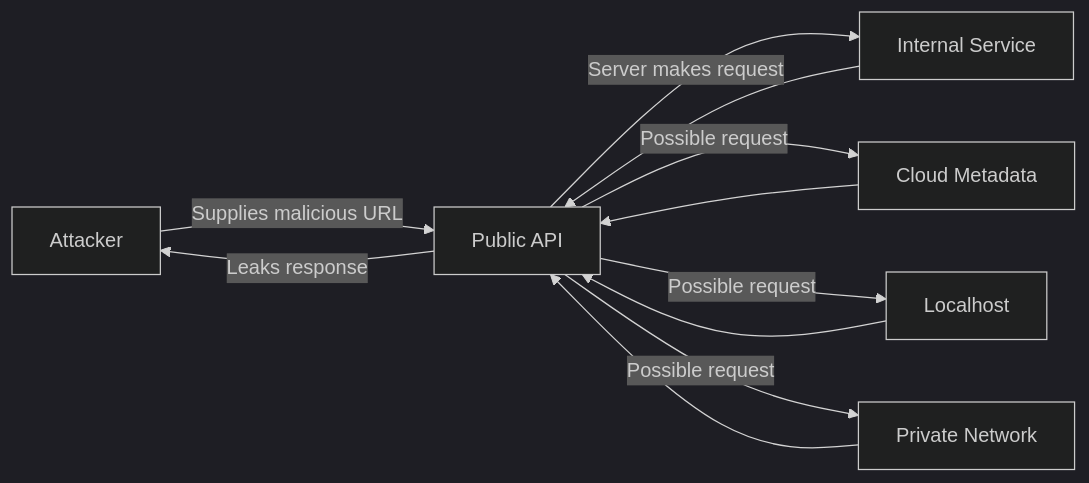
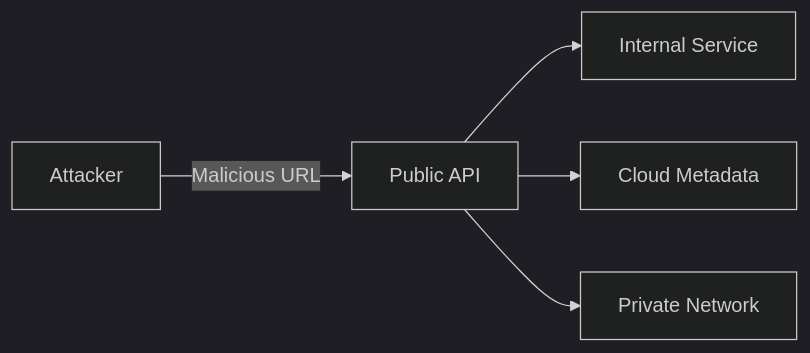
The third of 4 diagrams in src/content/security/owasp-api-top-10.md (AvadhBhalodiya/Interview-Preparation), drawn with Mermaid (dark theme) before and after one commit. The commit also changed other lines of this file and 54 other files, not shown here.

````diff
--- a/src/content/security/owasp-api-top-10.md
+++ b/src/content/security/owasp-api-top-10.md
@@ -773,14 +297,7 @@
 ```mermaid
 flowchart LR
-    A[Attacker] -->|Supplies malicious URL| B[Public API]
-    B -->|Server makes request| C[Internal Service]
-    B -->|Possible request| D[Cloud Metadata]
-    B -->|Possible request| E[Localhost]
-    B -->|Possible request| F[Private Network]
-
-    C --> B
-    D --> B
-    E --> B
-    F --> B
-    B -->|Leaks response| A
+    A[Attacker] -->|Malicious URL| B[Public API]
+    B --> C[Internal Service]
+    B --> D[Cloud Metadata]
+    B --> E[Private Network]
 ```
````
